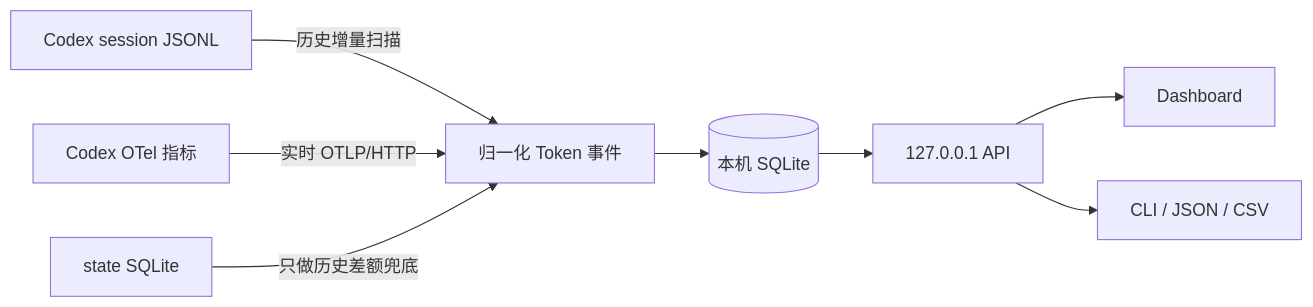
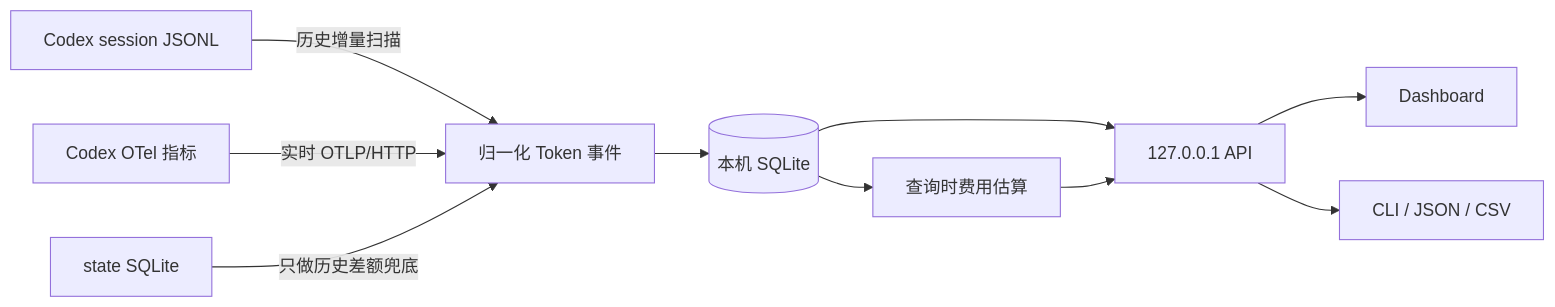
One commit to edisoncccc/codex-usage changed the diagram in README.md. Above: the diagram before and after it, drawn with Mermaid. The commit also changed other lines of this file and 38 other files, not shown here.

````diff
--- a/README.md
+++ b/README.md
@@ -86,10 +100,12 @@
 ```mermaid
 flowchart LR
     A[Codex session JSONL] -->|历史增量扫描| C[归一化 Token 事件]
     B[Codex OTel 指标] -->|实时 OTLP/HTTP| C
     S[state SQLite] -->|只做历史差额兜底| C
     C --> D[(本机 SQLite)]
+    D --> P[查询时费用估算]
     D --> E[127.0.0.1 API]
+    P --> E
     E --> F[Dashboard]
     E --> G[CLI / JSON / CSV]
 ```
````
